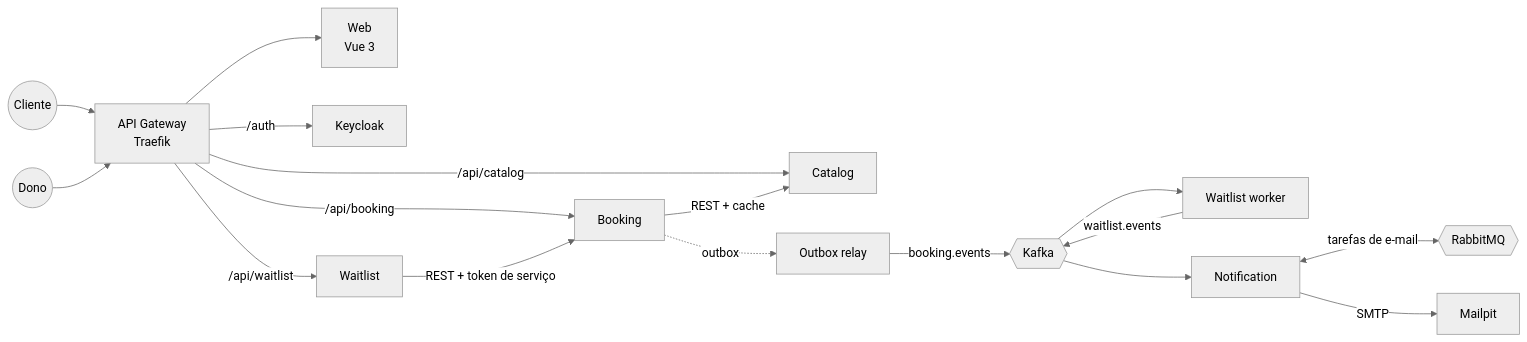
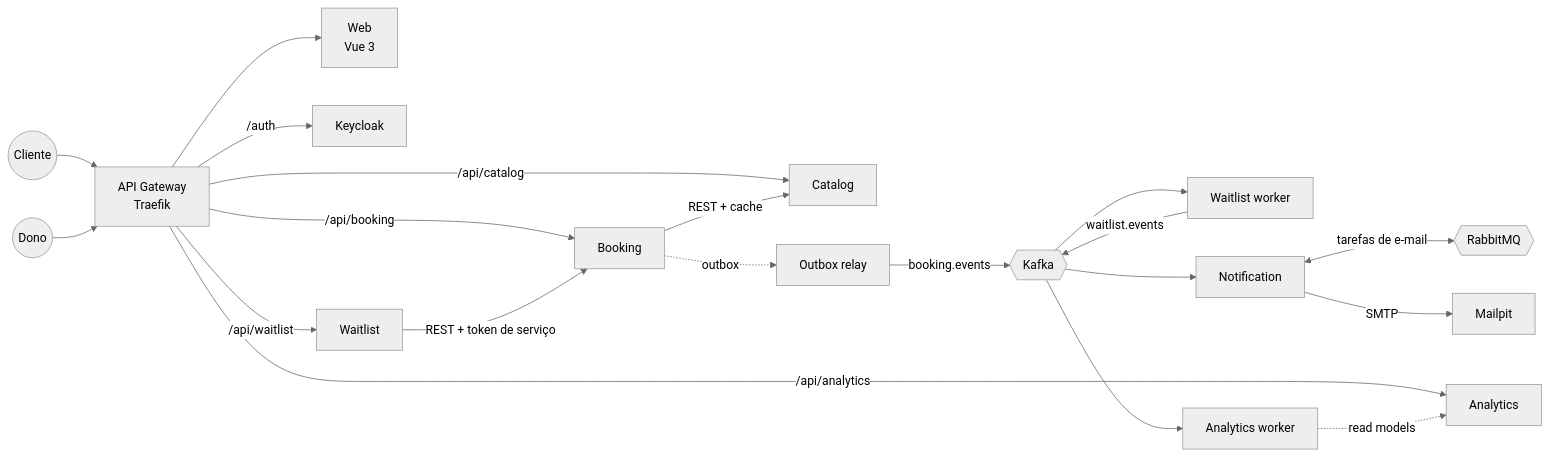
One commit to dev-matheusfranca/VagaCerta changed the first of 2 diagrams in README.md. Above: the diagram before and after it, drawn with Mermaid (neutral theme). The commit also changed other lines of this file and 7 other files, not shown here.

````diff
--- a/README.md
+++ b/README.md
@@ -99,19 +113,22 @@
 ```mermaid
 flowchart LR
     client((Cliente)) --> gateway
     owner((Dono)) --> gateway
     gateway["API Gateway<br/>Traefik"] --> web["Web<br/>Vue 3"]
     gateway -->|/auth| keycloak["Keycloak"]
     gateway -->|/api/catalog| catalog["Catalog"]
     gateway -->|/api/booking| booking["Booking"]
     gateway -->|/api/waitlist| waitlist["Waitlist"]
+    gateway -->|/api/analytics| analytics["Analytics"]
     booking -->|REST + cache| catalog
     waitlist -->|"REST + token de serviço"| booking
     booking -.->|outbox| relay["Outbox relay"]
     relay -->|booking.events| kafka{{Kafka}}
     kafka --> worker["Waitlist worker"]
     worker -->|waitlist.events| kafka
     kafka --> notification["Notification"]
+    kafka --> projector["Analytics worker"]
+    projector -.->|read models| analytics
     notification <-->|tarefas de e-mail| rabbitmq{{RabbitMQ}}
     notification -->|SMTP| mailpit["Mailpit"]
 ```
````
